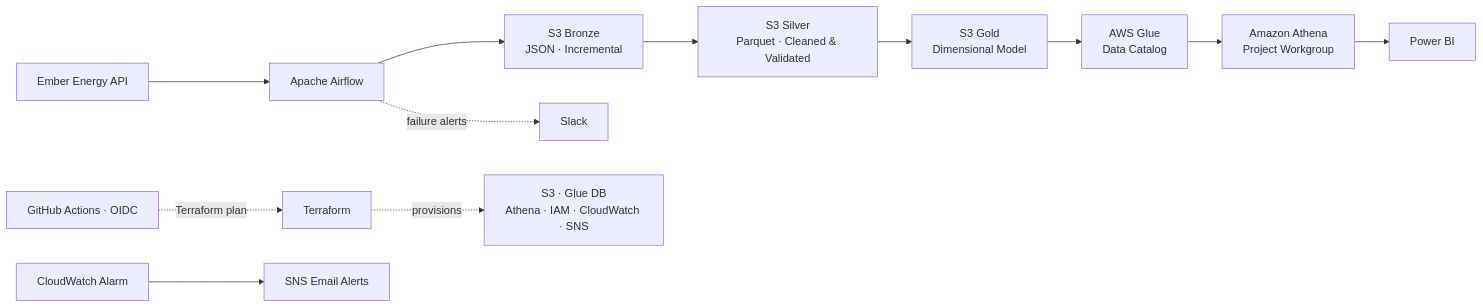
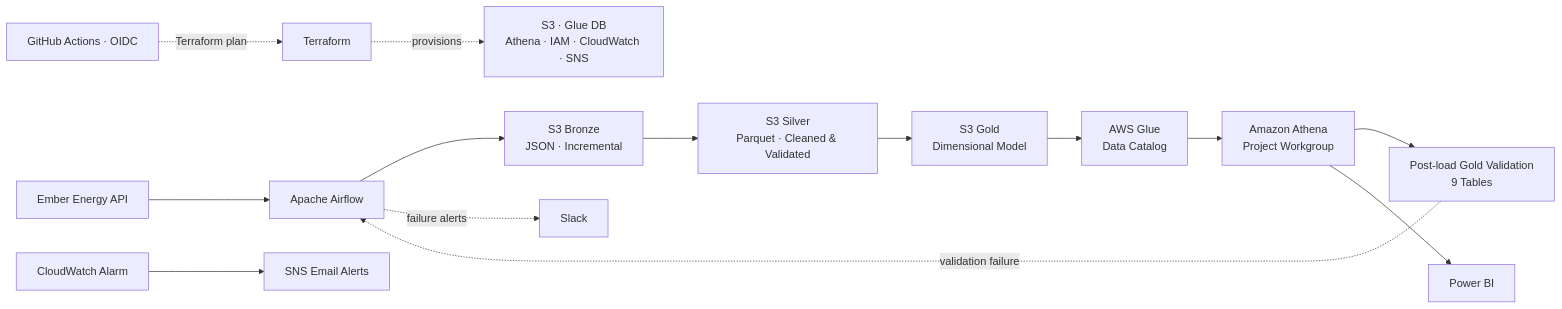
One commit to georgeballa7/EuropeanEnergyDataAnalytics changed the diagram in README.md. Above: the diagram before and after it, drawn with Mermaid. The commit also changed other lines of this file, not shown here.

Commit message:
docs: document post-load Athena validation in README.md

````diff
--- a/README.md
+++ b/README.md
@@ -7,15 +7,17 @@
 ```mermaid
 flowchart LR
     API["Ember Energy API"] --> AF["Apache Airflow"]
     AF --> B["S3 Bronze<br/>JSON · Incremental"]
     B --> S["S3 Silver<br/>Parquet · Cleaned & Validated"]
     S --> G["S3 Gold<br/>Dimensional Model"]
     G --> GC["AWS Glue<br/>Data Catalog"]
     GC --> AT["Amazon Athena<br/>Project Workgroup"]
+    AT --> DQ["Post-load Gold Validation<br/>9 Tables"]
+    DQ -. validation failure .-> AF
     AT --> BI["Power BI"]
 
     TF["Terraform"] -. provisions .-> AWS["S3 · Glue DB<br/>Athena · IAM · CloudWatch · SNS"]
     AF -. failure alerts .-> SL["Slack"]
     CW["CloudWatch Alarm"] --> SNS["SNS Email Alerts"]
     GA["GitHub Actions · OIDC"] -. Terraform plan .-> TF
 ```
````
